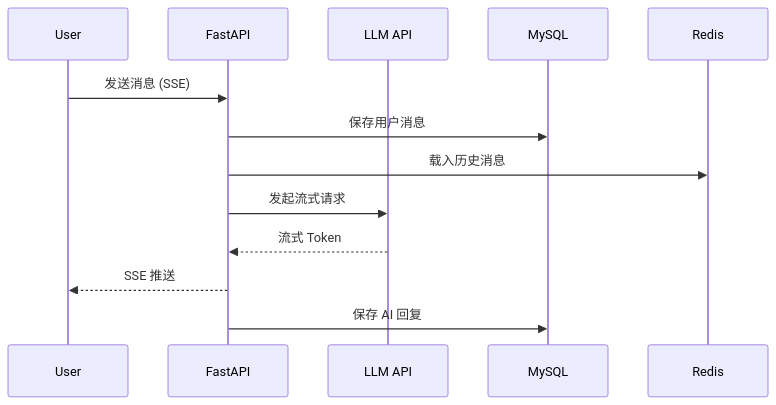
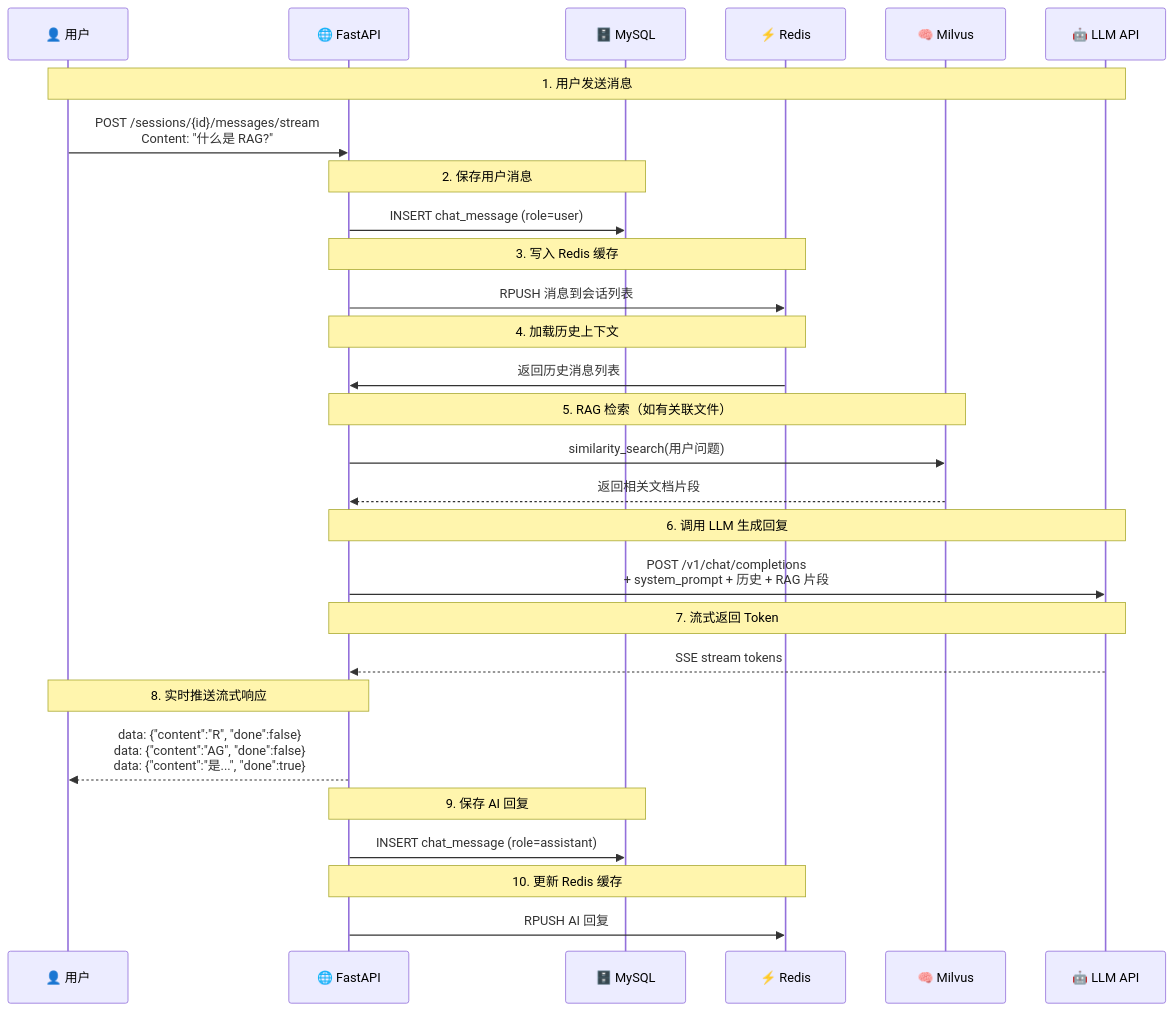
The second of 3 diagrams in README.md (iamk1ko/NoteLLM), drawn with Mermaid before and after one commit. The commit also changed other lines of this file, not shown here.

````diff
--- a/README.md
+++ b/README.md
@@ -60,16 +91,40 @@
 ```mermaid
 sequenceDiagram
-    participant U as User
-    participant API as FastAPI
-    participant LLM as LLM API
-    participant DB as MySQL
-    participant R as Redis
+    participant U as 👤 用户
+    participant API as 🌐 FastAPI
+    participant DB as 🗄️ MySQL
+    participant R as ⚡ Redis
+    participant V as 🧠 Milvus
+    participant LLM as 🤖 LLM API
 
-    U->>API: 发送消息 (SSE)
-    API->>DB: 保存用户消息
-    API->>R: 载入历史消息
-    API->>LLM: 发起流式请求
-    LLM-->>API: 流式 Token
-    API-->>U: SSE 推送
-    API->>DB: 保存 AI 回复
+    Note over U,LLM: 1. 用户发送消息
+    U->>API: POST /sessions/{id}/messages/stream<br/>Content: "什么是 RAG?"
+    
+    Note over API,DB: 2. 保存用户消息
+    API->>DB: INSERT chat_message (role=user)
+    
+    Note over API,R: 3. 写入 Redis 缓存
+    API->>R: RPUSH 消息到会话列表
+    
+    Note over API,R: 4. 加载历史上下文
+    R->>API: 返回历史消息列表
+    
+    Note over API,V: 5. RAG 检索（如有关联文件）
+    API->>V: similarity_search(用户问题)
+    V-->>API: 返回相关文档片段
+    
+    Note over API,LLM: 6. 调用 LLM 生成回复
+    API->>LLM: POST /v1/chat/completions<br/>+ system_prompt + 历史 + RAG 片段
+    
+    Note over LLM,API: 7. 流式返回 Token
+    LLM-->>API: SSE stream tokens
+    
+    Note over API,U: 8. 实时推送流式响应
+    API-->>U: data: {"content":"R", "done":false}<br/>data: {"content":"AG", "done":false}<br/>data: {"content":"是...", "done":true}
+    
+    Note over API,DB: 9. 保存 AI 回复
+    API->>DB: INSERT chat_message (role=assistant)
+    
+    Note over API,R: 10. 更新 Redis 缓存
+    API->>R: RPUSH AI 回复
 ```
````
